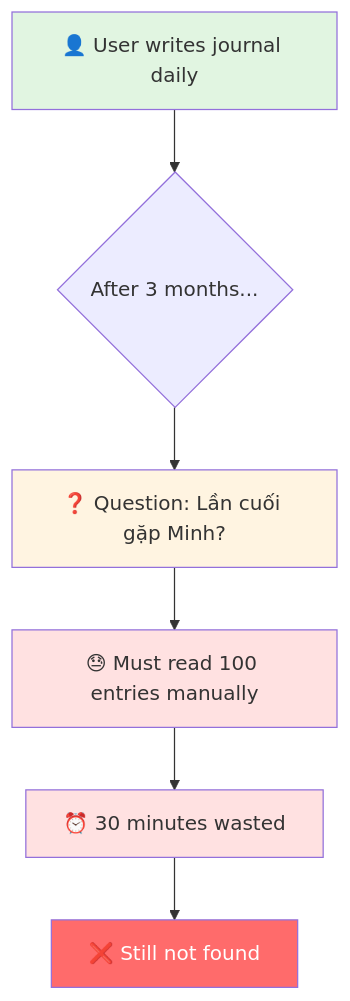
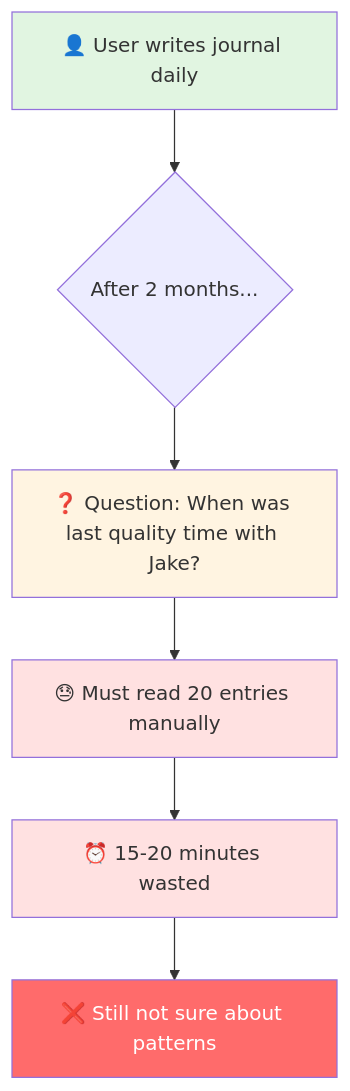
Before and after one commit to phuc-nt/kioku-ios: the first of 14 diagrams in docs/99_lesson/PRESENTATION_SLIDES.md, drawn with Mermaid. The commit also changed other lines of this file, not shown here.

First line of the commit message:
docs: update presentation diagrams with real demo data

````diff
--- a/docs/99_lesson/PRESENTATION_SLIDES.md
+++ b/docs/99_lesson/PRESENTATION_SLIDES.md
@@ -44,14 +44,14 @@
 ```mermaid
 graph TD
-    A[👤 User writes journal daily] --> B{After 3 months...}
-    B --> C[❓ Question: Lần cuối gặp Minh?]
-    C --> D[😓 Must read 100 entries manually]
-    D --> E[⏰ 30 minutes wasted]
-    E --> F[❌ Still not found]
+    A[👤 User writes journal daily] --> B{After 2 months...}
+    B --> C[❓ Question: When was last quality time with Jake?]
+    C --> D[😓 Must read 20 entries manually]
+    D --> E[⏰ 15-20 minutes wasted]
+    E --> F[❌ Still not sure about patterns]
 
     style A fill:#e1f5e1
     style C fill:#fff4e1
     style D fill:#ffe1e1
     style E fill:#ffe1e1
     style F fill:#ff6b6b,color:#fff
 ```
````
